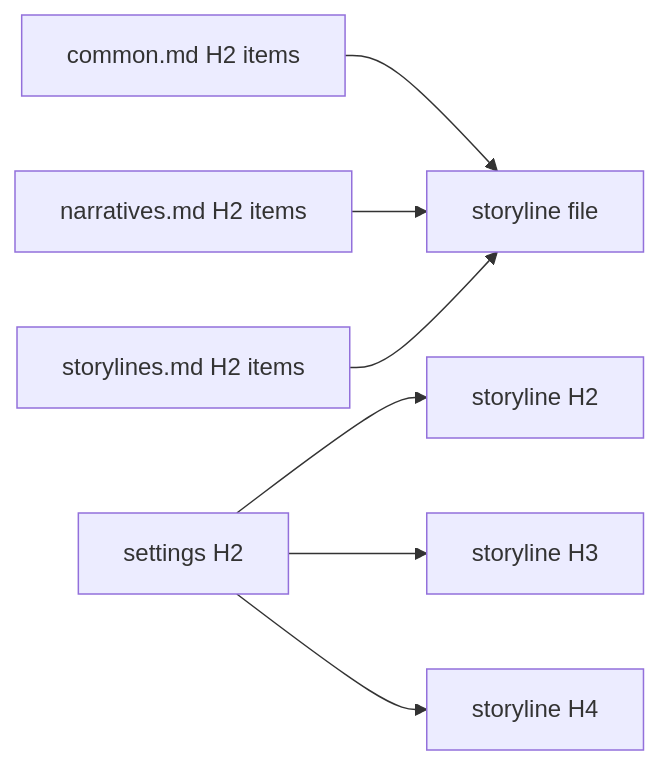
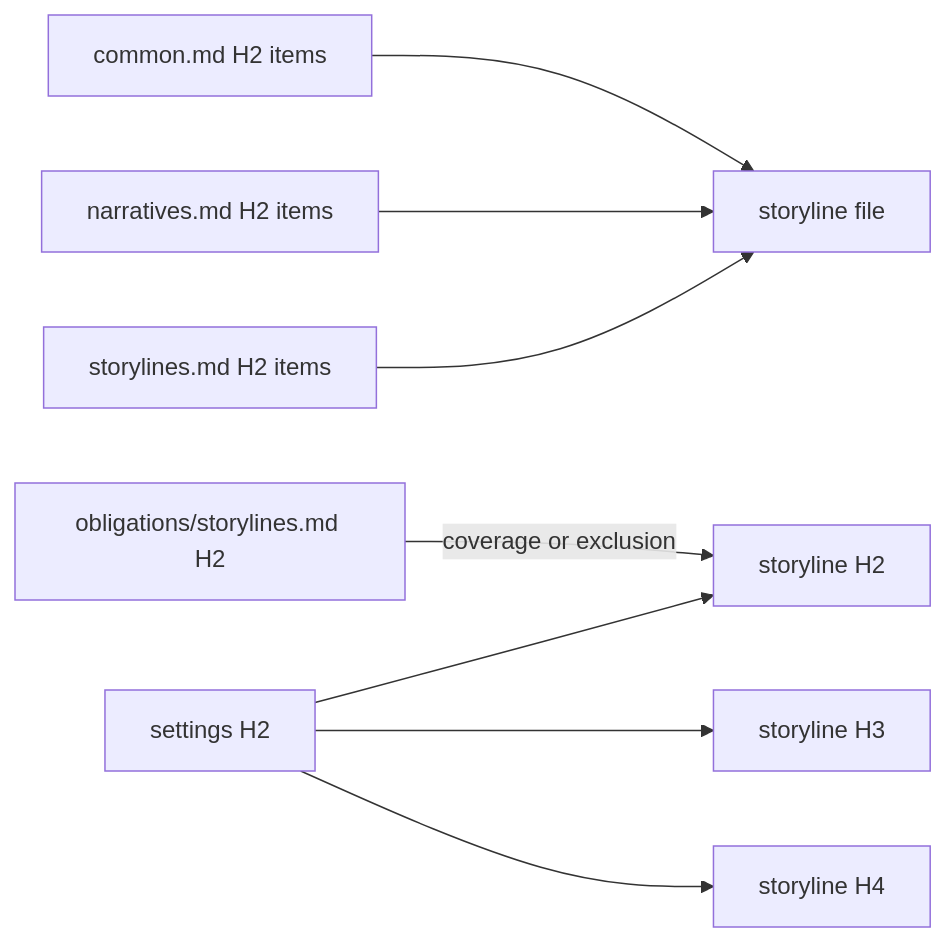
One commit to samchon/novels changed the diagram in .agents/skills/novel/storylines.md. Above: the diagram before and after it, drawn with Mermaid. The commit also changed other lines of this file and 59 other files, not shown here.

````diff
--- a/.agents/skills/novel/storylines.md
+++ b/.agents/skills/novel/storylines.md
@@ -27,9 +27,10 @@
 ```mermaid
 flowchart LR
   CM["common.md H2 items"] --> SF["storyline file"]
   PC["narratives.md H2 items"] --> SF
   PL["storylines.md H2 items"] --> SF
+  O["obligations/storylines.md H2"] -->|"coverage or exclusion"| S2
   F["settings H2"] --> S2["storyline H2"]
   F --> S3["storyline H3"]
   F --> S4["storyline H4"]
 ```
````
